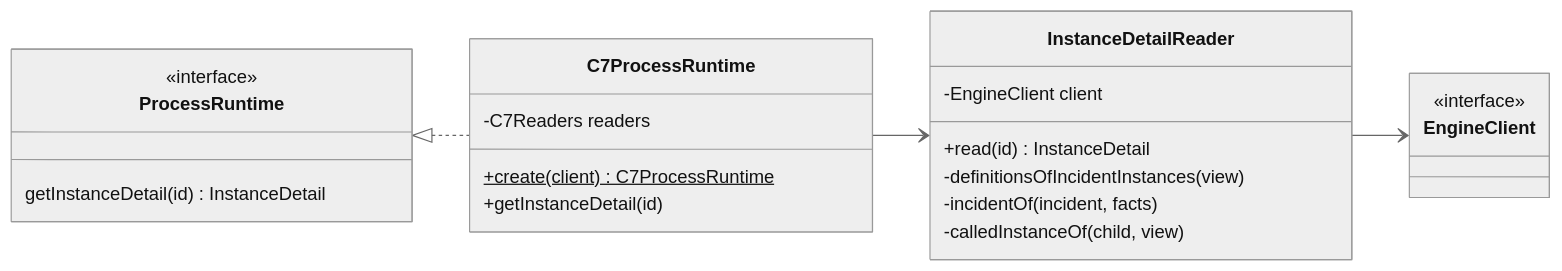
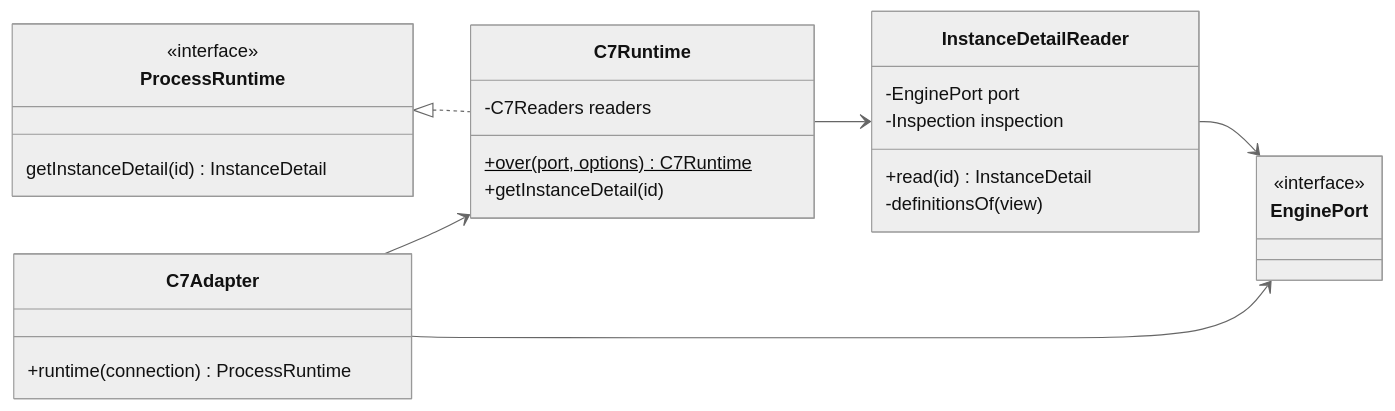
One commit to Miragon/pulse changed the diagram in apps/vscode/docs/adr/code-structure.md. Above: the diagram before and after it, drawn with Mermaid (neutral theme). The commit also changed other lines of this file and 1868 other files, not shown here.

````diff
--- a/apps/vscode/docs/adr/code-structure.md
+++ b/apps/vscode/docs/adr/code-structure.md
@@ -71,26 +77,30 @@
 ```mermaid
 classDiagram
   direction LR
   class ProcessRuntime {
     <<interface>>
     getInstanceDetail(id) InstanceDetail
   }
-  class C7ProcessRuntime {
+  class C7Adapter {
+    +runtime(connection) ProcessRuntime
+  }
+  class C7Runtime {
     -C7Readers readers
-    +create(client)$ C7ProcessRuntime
+    +over(port, options)$ C7Runtime
     +getInstanceDetail(id)
   }
   class InstanceDetailReader {
-    -EngineClient client
+    -EnginePort port
+    -Inspection inspection
     +read(id) InstanceDetail
-    -definitionsOfIncidentInstances(view)
-    -incidentOf(incident, facts)
-    -calledInstanceOf(child, view)
+    -definitionsOf(view)
   }
-  class EngineClient {
+  class EnginePort {
     <<interface>>
   }
-  ProcessRuntime <|.. C7ProcessRuntime
-  C7ProcessRuntime --> InstanceDetailReader
-  InstanceDetailReader --> EngineClient
+  ProcessRuntime <|.. C7Runtime
+  C7Adapter --> C7Runtime
+  C7Adapter --> EnginePort
+  C7Runtime --> InstanceDetailReader
+  InstanceDetailReader --> EnginePort
 ```
````
